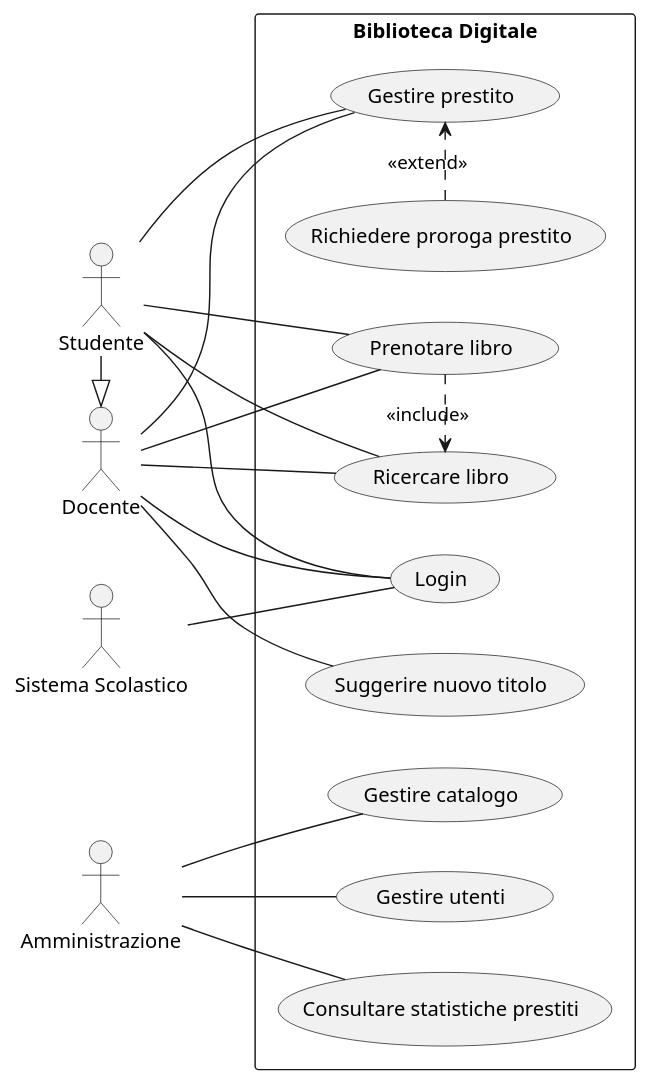
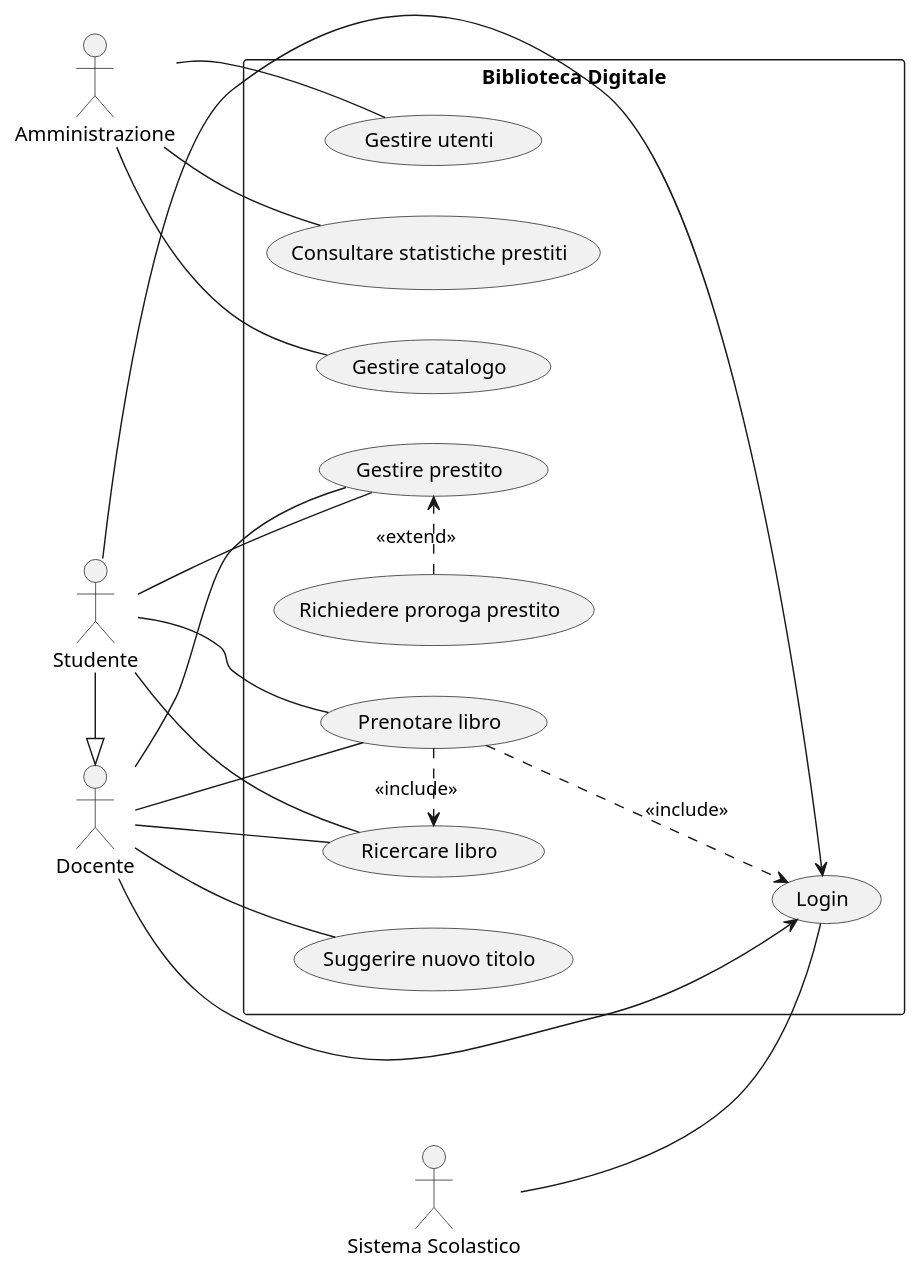
Before and after one commit to itsNikk/2526-4BI: the diagram in uml/src/UCD/Biblioteca.puml, drawn with PlantUML.

Commit message:
[SOLUZIONE] Possibile interpretazione UC biblioteca

```diff
--- a/uml/src/UCD/Biblioteca.puml
+++ b/uml/src/UCD/Biblioteca.puml
@@ -1,40 +1,43 @@
 @startuml
 left to right direction
 
 actor "Studente" as S
 actor "Docente" as D
 actor "Amministrazione" as A
 actor "Sistema Scolastico" as SS
 
 rectangle "Biblioteca Digitale" {
   (Login) as UC1
   (Ricercare libro) as UC2
   (Prenotare libro) as UC3
   (Gestire prestito) as UC4
   (Richiedere proroga prestito) as UC5
   (Suggerire nuovo titolo) as UC6
   (Gestire catalogo) as UC7
   (Gestire utenti) as UC8
   (Consultare statistiche prestiti) as UC9
 }
 
-S -- UC1
+S --> UC1
 S -- UC2
 S -- UC3
 S -- UC4
-D -- UC1
+D --> UC1
 D -- UC2
 D -- UC3
 D -- UC4
 D -- UC6
 A -- UC7
 A -- UC8
 A -- UC9
 SS -- UC1
 
+UC3 ..> UC1 : <<include>>
+
+
 UC3 .> UC2 : <<include>>
 UC5 .> UC4 : <<extend>>
 
 S -|> D
 
 @enduml
```
